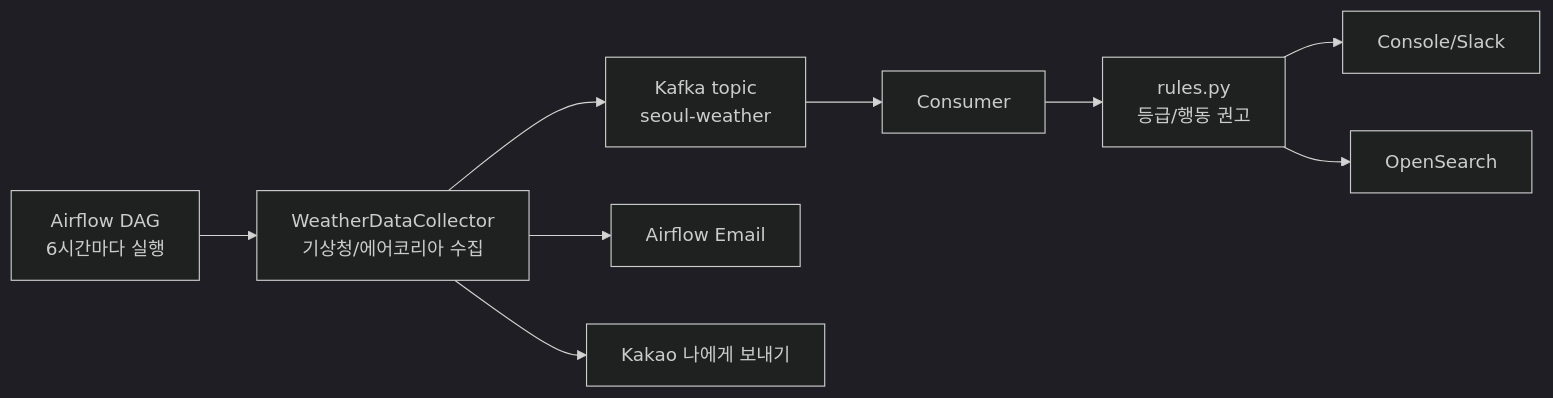
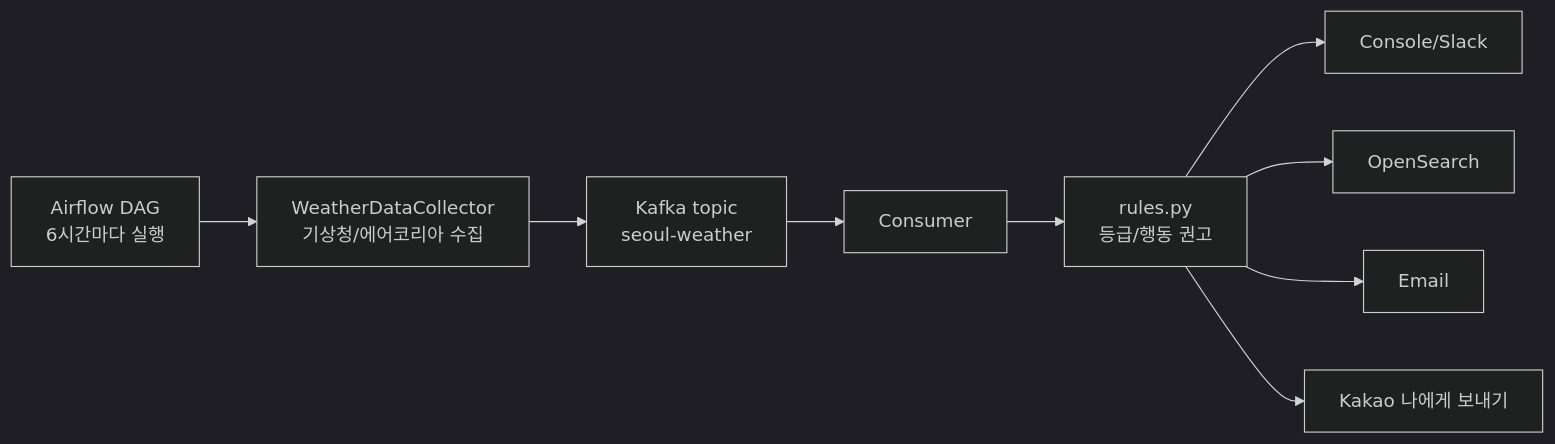
Before and after one commit to hyeongyu-data/air-quality-project: the first of 2 diagrams in README.md, drawn with Mermaid (dark theme). The commit also changed other lines of this file and 3 other files, not shown here.

````diff
--- a/README.md
+++ b/README.md
@@ -18,11 +18,11 @@
 ```mermaid
 flowchart LR
     A["Airflow DAG<br/>6시간마다 실행"] --> B["WeatherDataCollector<br/>기상청/에어코리아 수집"]
     B --> C["Kafka topic<br/>seoul-weather"]
     C --> D["Consumer"]
     D --> E["rules.py<br/>등급/행동 권고"]
     E --> F["Console/Slack"]
     E --> G["OpenSearch"]
-    B --> H["Airflow Email"]
-    B --> I["Kakao 나에게 보내기"]
+    E --> H["Email"]
+    E --> I["Kakao 나에게 보내기"]
 ```
````
